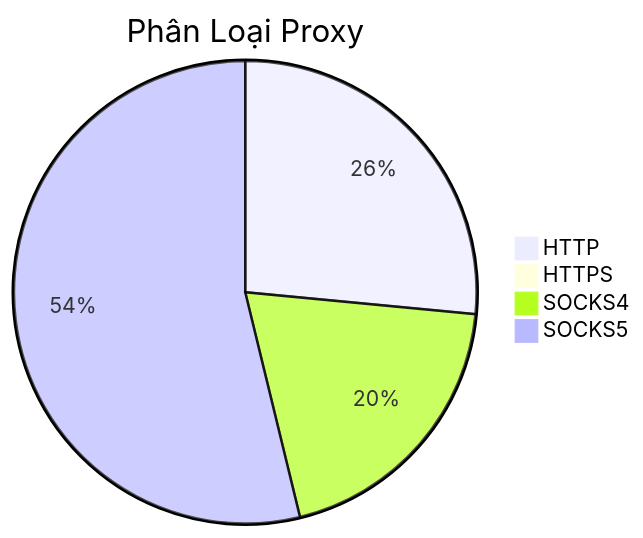
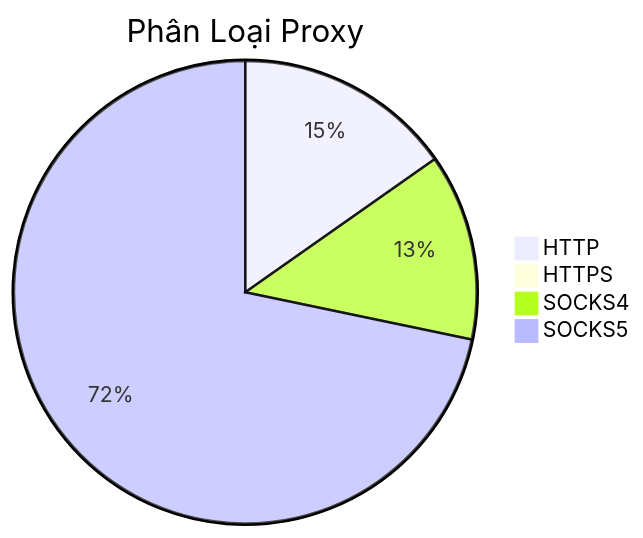
One commit to Ciara-Aa/PROXY-free changed the diagram in README.md. Above: the diagram before and after it, drawn with Mermaid. The commit also changed other lines of this file and 4 other files, not shown here.

````diff
--- a/README.md
+++ b/README.md
@@ -26,7 +26,7 @@
 ```mermaid
 pie title Phân Loại Proxy
-    "HTTP" : 237
-    "HTTPS" : 2
-    "SOCKS4" : 176
-    "SOCKS5" : 481
+    "HTTP" : 245
+    "HTTPS" : 4
+    "SOCKS4" : 209
+    "SOCKS5" : 1152
 ```
````
